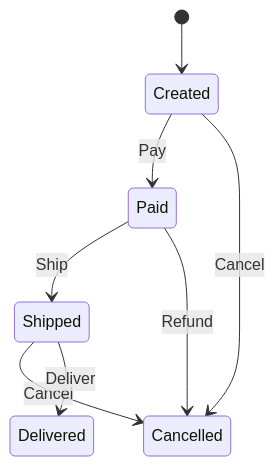
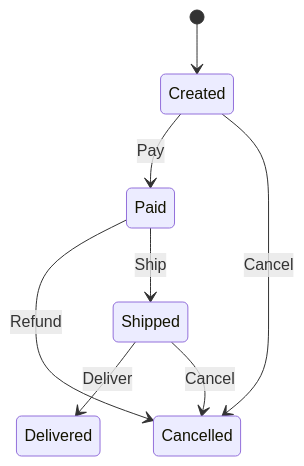
The diagram in docs/order_state_machine.mermaid (kookyleo/yasm), drawn with Mermaid before and after one commit. The commit also changed other lines of this file and 6 other files, not shown here.

```diff
--- a/docs/order_state_machine.mermaid
+++ b/docs/order_state_machine.mermaid
@@ -1,8 +1,8 @@
 stateDiagram-v2
     [*] --> Created
     Created --> Paid : Pay
+    Shipped --> Delivered : Deliver
     Shipped --> Cancelled : Cancel
-    Shipped --> Delivered : Deliver
+    Paid --> Cancelled : Refund
+    Created --> Cancelled : Cancel
     Paid --> Shipped : Ship
-    Created --> Cancelled : Cancel
-    Paid --> Cancelled : Refund
```
